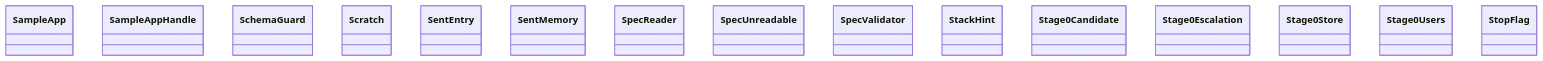
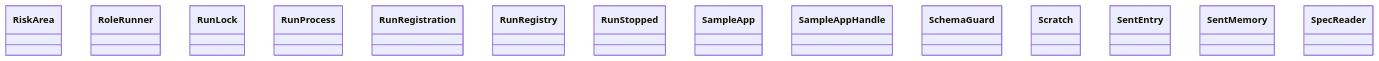
Before and after one commit to GonzaloZevallos/agentic-system: the diagram in docs/architecture/generated/classes-process-application-support-6.md, drawn with Mermaid. The commit also changed other lines of this file and 58 other files, not shown here.

Commit message:
Docs: regenerate the architecture pages for the board_schema module

````diff
--- a/docs/architecture/generated/classes-process-application-support-6.md
+++ b/docs/architecture/generated/classes-process-application-support-6.md
@@ -20,18 +21,17 @@
 ```mermaid
 classDiagram
+    class ports__RiskArea["RiskArea"]
+    class ports__RoleRunner["RoleRunner"]
+    class ports__RunLock["RunLock"]
+    class ports__RunProcess["RunProcess"]
+    class ports__RunRegistration["RunRegistration"]
+    class ports__RunRegistry["RunRegistry"]
+    class ports__RunStopped["RunStopped"]
     class ports__SampleApp["SampleApp"]
     class ports__SampleAppHandle["SampleAppHandle"]
     class ports__SchemaGuard["SchemaGuard"]
     class ports__Scratch["Scratch"]
     class ports__SentEntry["SentEntry"]
     class ports__SentMemory["SentMemory"]
     class ports__SpecReader["SpecReader"]
-    class ports__SpecUnreadable["SpecUnreadable"]
-    class ports__SpecValidator["SpecValidator"]
-    class ports__StackHint["StackHint"]
-    class ports__Stage0Candidate["Stage0Candidate"]
-    class ports__Stage0Escalation["Stage0Escalation"]
-    class ports__Stage0Store["Stage0Store"]
-    class ports__Stage0Users["Stage0Users"]
-    class ports__StopFlag["StopFlag"]
 ```
````
